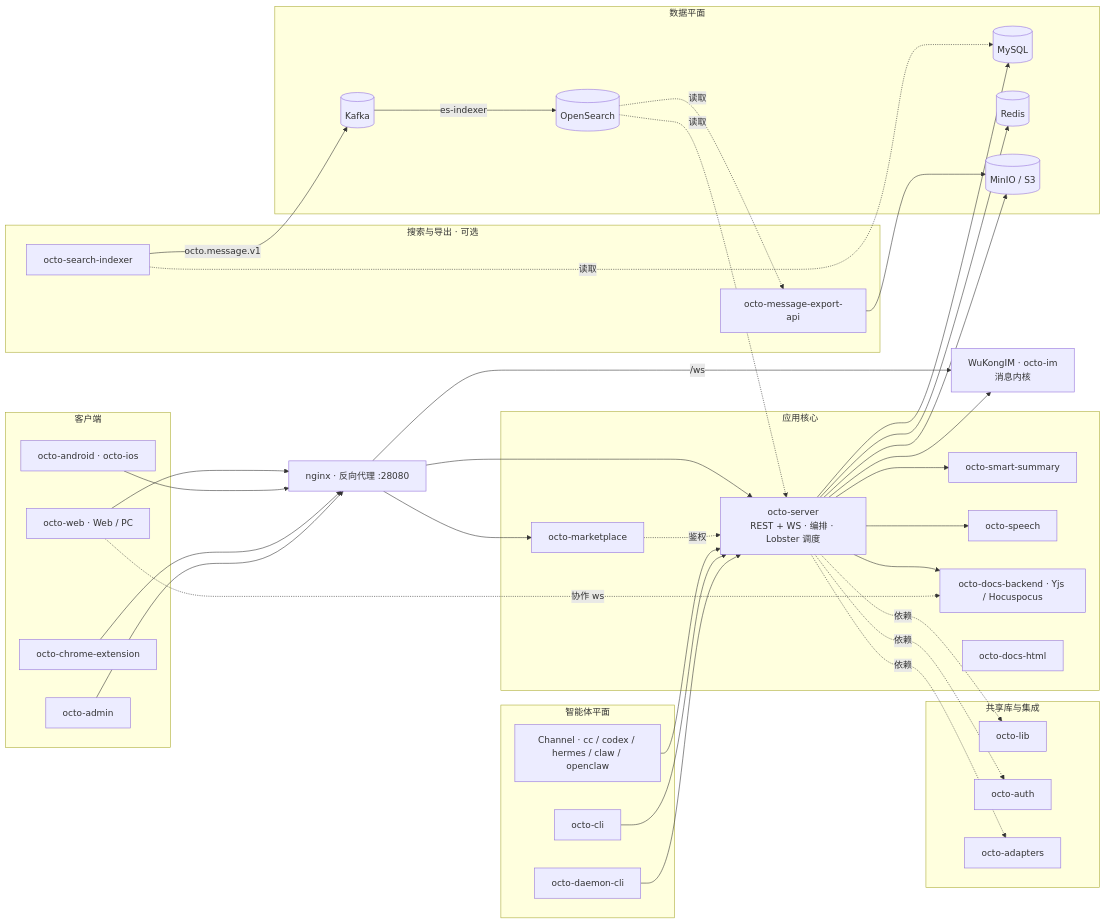
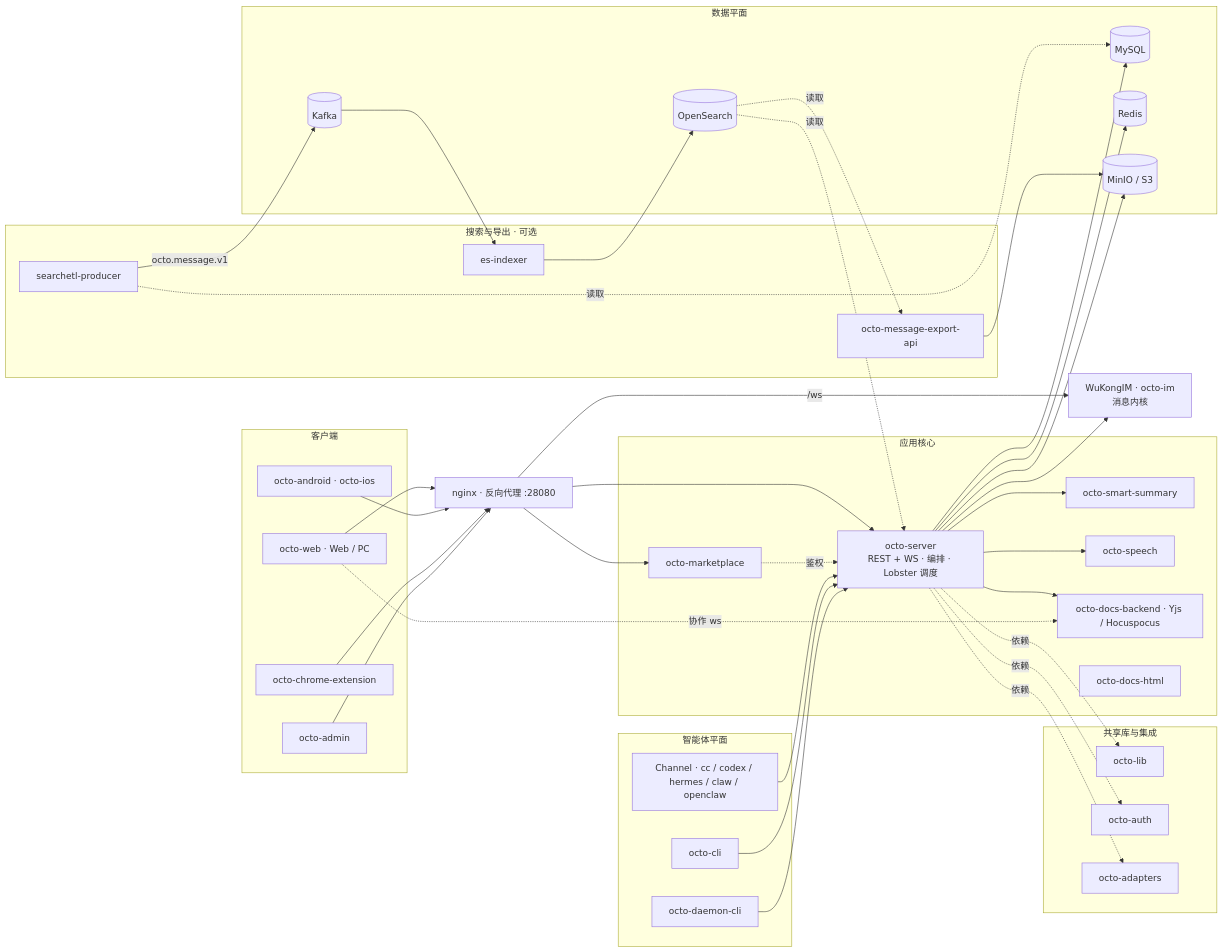
Before and after one commit to Mininglamp-OSS/octo-docs: the diagram in zh/concepts/architecture-overview.mdx, drawn with Mermaid. The commit also changed other lines of this file and 1 other file, not shown here.

Commit message:
docs: model search pipeline consumer hop accurately
Split octo-search-indexer into its two binaries (searchetl-producer, es-indexer)
so the diagram shows MySQL → producer → Kafka → es-indexer → OpenSearch, not
Kafka writing OpenSearch directly. Addresses code-review B1. EN + zh + prose.

````diff
--- a/zh/concepts/architecture-overview.mdx
+++ b/zh/concepts/architecture-overview.mdx
@@ -14,76 +14,78 @@
 ```mermaid
 graph LR
   subgraph clients["客户端"]
     web["octo-web · Web / PC"]
     mob["octo-android · octo-ios"]
     ext["octo-chrome-extension"]
     adm["octo-admin"]
   end
 
   nginx["nginx · 反向代理 :28080"]
 
   subgraph core["应用核心"]
     server["octo-server<br/>REST + WS · 编排 · Lobster 调度"]
     summary["octo-smart-summary"]
     speech["octo-speech"]
     market["octo-marketplace"]
     dbe["octo-docs-backend · Yjs / Hocuspocus"]
     dhtml["octo-docs-html"]
   end
 
   im["WuKongIM · octo-im<br/>消息内核"]
 
   subgraph agents["智能体平面"]
     chan["Channel · cc / codex / hermes / claw / openclaw"]
     cli["octo-cli"]
     daemon["octo-daemon-cli"]
   end
 
   subgraph pipe["搜索与导出 · 可选"]
-    idx["octo-search-indexer"]
+    prod["searchetl-producer"]
+    esi["es-indexer"]
     exp["octo-message-export-api"]
   end
 
   subgraph data["数据平面"]
     my[("MySQL")]
     rd[("Redis")]
     obj[("MinIO / S3")]
     kf[("Kafka")]
     osx[("OpenSearch")]
   end
 
   subgraph shared["共享库与集成"]
     lib["octo-lib"]
     auth["octo-auth"]
     adp["octo-adapters"]
   end
 
   web --> nginx
   mob --> nginx
   ext --> nginx
   adm --> nginx
   nginx --> server
   nginx --> market
   nginx -->|/ws| im
   server --> im
   server --> summary
   server --> speech
   server --> dbe
   market -. 鉴权 .-> server
   web -. 协作 ws .-> dbe
   server --> my
   server --> rd
   server --> obj
   chan --> server
   cli --> server
   daemon --> server
-  idx -. 读取 .-> my
-  idx -->|octo.message.v1| kf
-  kf -->|es-indexer| osx
+  prod -. 读取 .-> my
+  prod -->|octo.message.v1| kf
+  kf --> esi
+  esi --> osx
   osx -. 读取 .-> server
   osx -. 读取 .-> exp
   exp --> obj
   server -. 依赖 .-> lib
   server -. 依赖 .-> auth
   server -. 依赖 .-> adp
 ```
````
